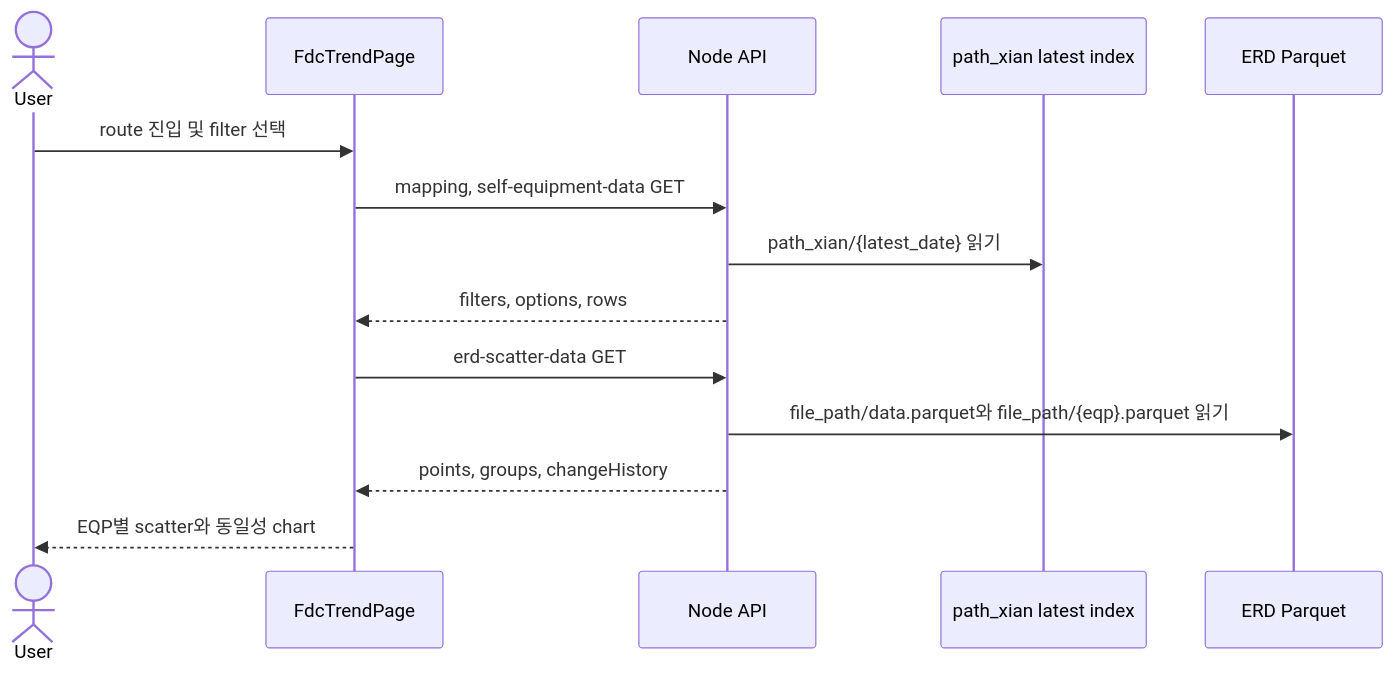
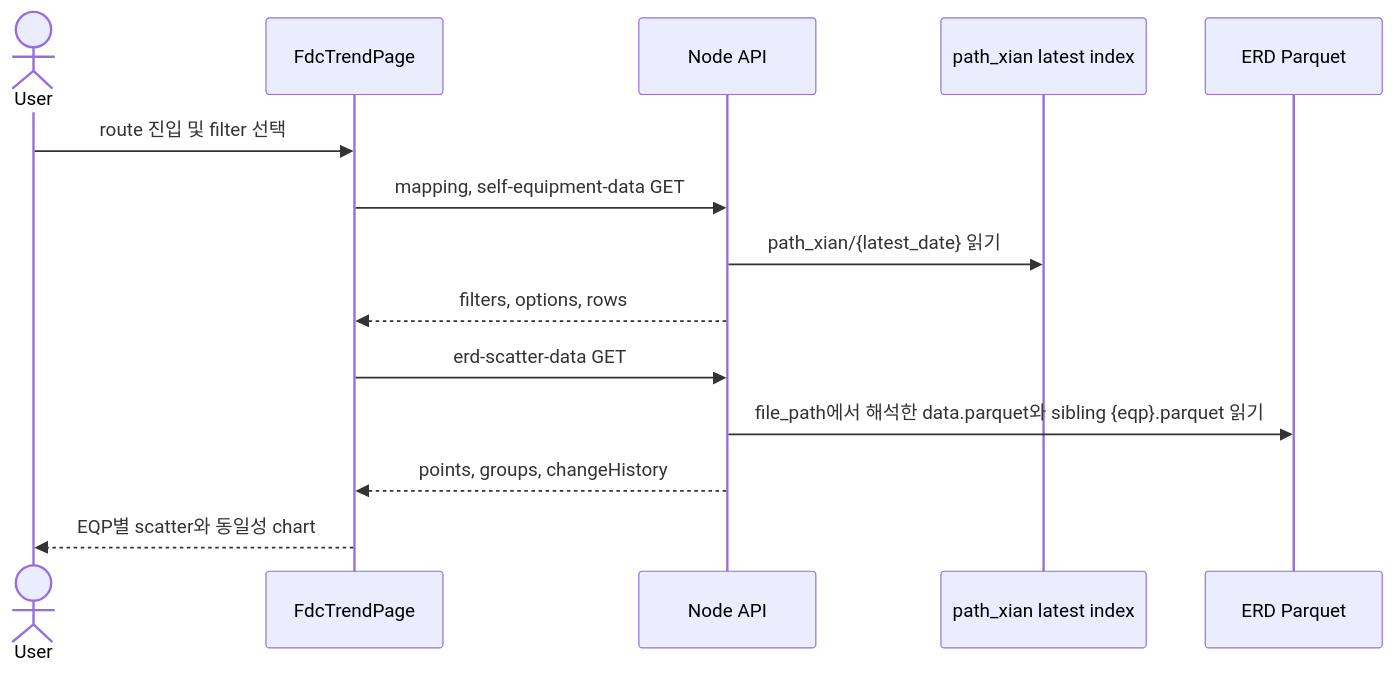
The diagram in docs/features/self-equipment.md (mlbarod/l0_spider_scs), drawn with Mermaid before and after one commit. The commit also changed other lines of this file and 14 other files, not shown here.

````diff
--- a/docs/features/self-equipment.md
+++ b/docs/features/self-equipment.md
@@ -133,16 +133,16 @@
 ```mermaid
 sequenceDiagram
     actor User
     participant Browser as FdcTrendPage
     participant API as Node API
     participant Index as path_xian latest index
     participant Erd as ERD Parquet
     User->>Browser: route 진입 및 filter 선택
     Browser->>API: mapping, self-equipment-data GET
     API->>Index: path_xian/{latest_date} 읽기
     API-->>Browser: filters, options, rows
     Browser->>API: erd-scatter-data GET
-    API->>Erd: file_path/data.parquet와 file_path/{eqp}.parquet 읽기
+    API->>Erd: file_path에서 해석한 data.parquet와 sibling {eqp}.parquet 읽기
     API-->>Browser: points, groups, changeHistory
     Browser-->>User: EQP별 scatter와 동일성 chart
 ```
````
